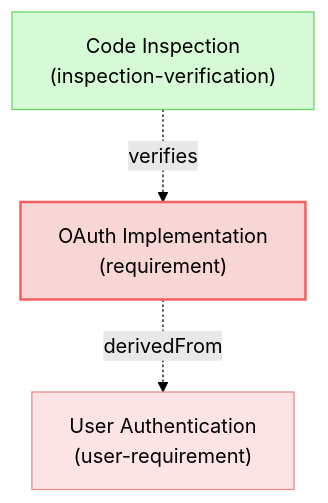
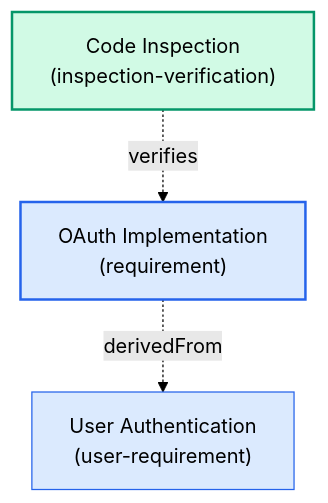
One commit to reqvire-org/reqvire changed the sixth of 6 diagrams in tests/test-verification-traces/expected_redundant_output.md. Above: the diagram before and after it, drawn with Mermaid (forest theme). The commit also changed other lines of this file and 53 other files, not shown here.

Commit message:
Change whole model diagram to top-down layout and rename Home to Index

````diff
--- a/tests/test-verification-traces/expected_redundant_output.md
+++ b/tests/test-verification-traces/expected_redundant_output.md
@@ -142,17 +142,17 @@
 ```mermaid
 graph TD
-  classDef userRequirement fill:#f9d6d6,stroke:#f55f5f,stroke-width:1px;
-  classDef systemRequirement fill:#fce4e4,stroke:#e68a8a,stroke-width:1px;
-  classDef requirement fill:#fce4e4,stroke:#e68a8a,stroke-width:1px;
-  classDef verified fill:#f9d6d6,stroke:#f55f5f,stroke-width:2px;
-  classDef verification fill:#d6f9d6,stroke:#5fd75f,stroke-width:1px;
+  classDef userRequirement fill:#dbeafe,stroke:#2563EB,stroke-width:2px;
+  classDef systemRequirement fill:#dbeafe,stroke:#2563EB,stroke-width:1px;
+  classDef requirement fill:#dbeafe,stroke:#2563EB,stroke-width:1px;
+  classDef verified fill:#dbeafe,stroke:#2563EB,stroke-width:2px;
+  classDef verification fill:#d1fae5,stroke:#059669,stroke-width:2px;
 
   cd126a6fddc2bd83["Code Inspection<br>(inspection-verification)"]:::verification
   click cd126a6fddc2bd83 "specifications/Verifications/Tests.md#code-inspection";
   d5a439e4972ea591["OAuth Implementation<br>(requirement)"]:::verified
   click d5a439e4972ea591 "specifications/SystemRequirements.md#oauth-implementation";
   cd126a6fddc2bd83 -.->|verifies| d5a439e4972ea591;
   2934ea21a1d898a3["User Authentication<br>(user-requirement)"]:::requirement
   click 2934ea21a1d898a3 "specifications/UserRequirements.md#user-authentication";
   d5a439e4972ea591 -.->|derivedFrom| 2934ea21a1d898a3;
 ```
````
